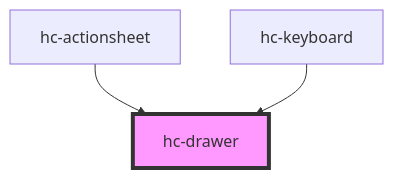
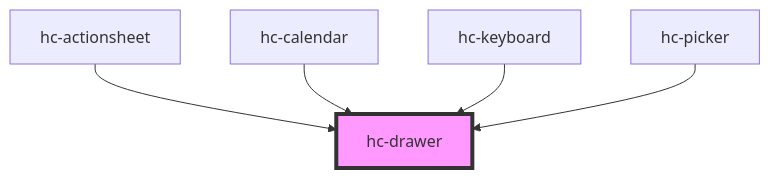
One commit to swimly/mui changed the diagram in src/components/drawer/readme.md. Above: the diagram before and after it, drawn with Mermaid. The commit also changed other lines of this file and 51 other files, not shown here.

````diff
--- a/src/components/drawer/readme.md
+++ b/src/components/drawer/readme.md
@@ -51,6 +54,8 @@
 ```mermaid
 graph TD;
   hc-actionsheet --> hc-drawer
+  hc-calendar --> hc-drawer
   hc-keyboard --> hc-drawer
+  hc-picker --> hc-drawer
   style hc-drawer fill:#f9f,stroke:#333,stroke-width:4px
 ```
````
